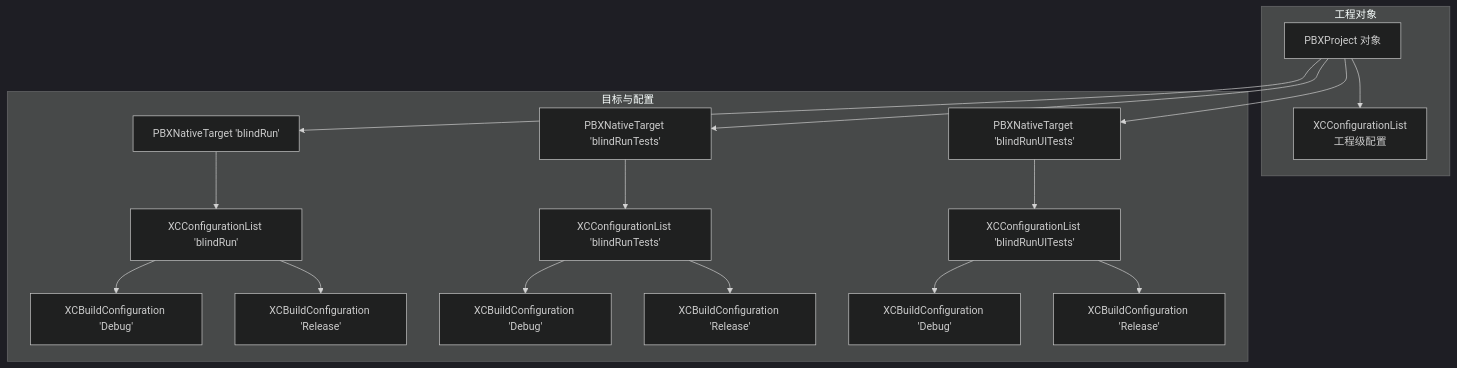
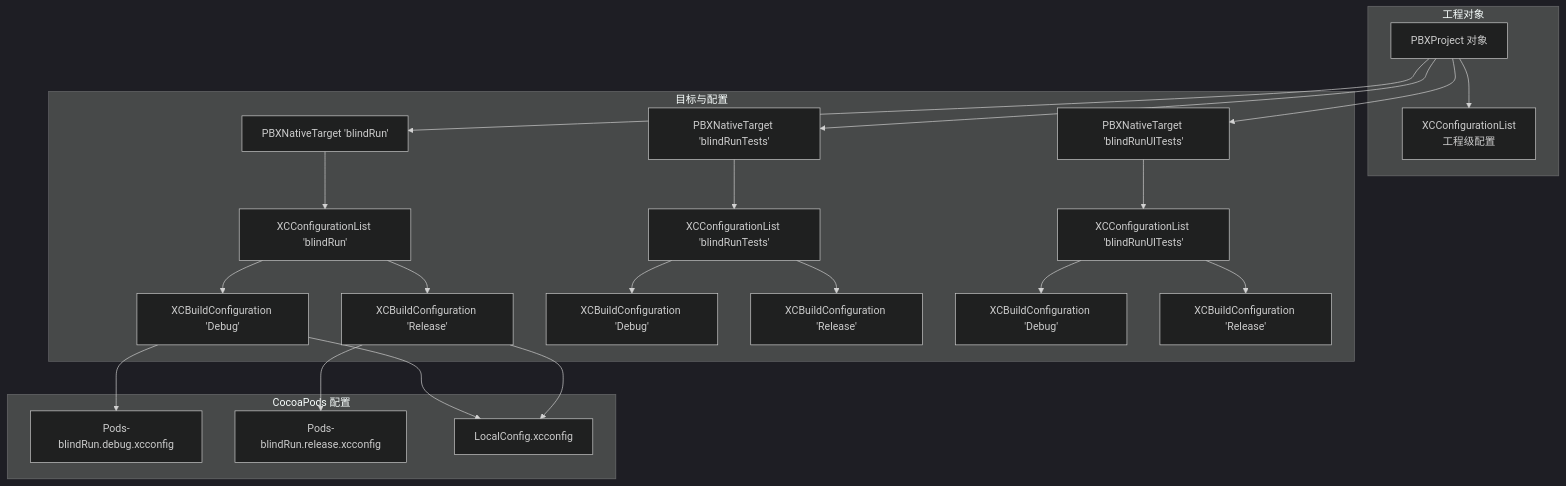
Before and after one commit to Jayden23018/blind-run-ios: the second of 4 diagrams in .qoder/repowiki/zh/content/配置与部署/构建配置.md, drawn with Mermaid (dark theme). The commit also changed other lines of this file and 55 other files, not shown here.

````diff
--- a/.qoder/repowiki/zh/content/配置与部署/构建配置.md
+++ b/.qoder/repowiki/zh/content/配置与部署/构建配置.md
@@ -75,34 +102,43 @@
 ```mermaid
 graph TB
 subgraph "工程对象"
 proj_obj["PBXProject 对象"]
 cfg_list_proj["XCConfigurationList<br/>工程级配置"]
 end
 subgraph "目标与配置"
 tgt_app["PBXNativeTarget 'blindRun'"]
 tgt_tests["PBXNativeTarget 'blindRunTests'"]
 tgt_uitests["PBXNativeTarget 'blindRunUITests'"]
 cfg_list_app["XCConfigurationList 'blindRun'"]
 cfg_list_tests["XCConfigurationList 'blindRunTests'"]
 cfg_list_uitests["XCConfigurationList 'blindRunUITests'"]
 cfg_debug_app["XCBuildConfiguration 'Debug'"]
 cfg_release_app["XCBuildConfiguration 'Release'"]
 cfg_debug_tests["XCBuildConfiguration 'Debug'"]
 cfg_release_tests["XCBuildConfiguration 'Release'"]
 cfg_debug_uitests["XCBuildConfiguration 'Debug'"]
 cfg_release_uitests["XCBuildConfiguration 'Release'"]
 end
+subgraph "CocoaPods 配置"
+pods_cfg_debug["Pods-blindRun.debug.xcconfig"]
+pods_cfg_release["Pods-blindRun.release.xcconfig"]
+local_cfg["LocalConfig.xcconfig"]
+end
 proj_obj --> cfg_list_proj
 proj_obj --> tgt_app
 proj_obj --> tgt_tests
 proj_obj --> tgt_uitests
 tgt_app --> cfg_list_app
 tgt_tests --> cfg_list_tests
 tgt_uitests --> cfg_list_uitests
 cfg_list_app --> cfg_debug_app
 cfg_list_app --> cfg_release_app
 cfg_list_tests --> cfg_debug_tests
 cfg_list_tests --> cfg_release_tests
 cfg_list_uitests --> cfg_debug_uitests
 cfg_list_uitests --> cfg_release_uitests
+cfg_debug_app --> pods_cfg_debug
+cfg_debug_app --> local_cfg
+cfg_release_app --> pods_cfg_release
+cfg_release_app --> local_cfg
 ```
````
